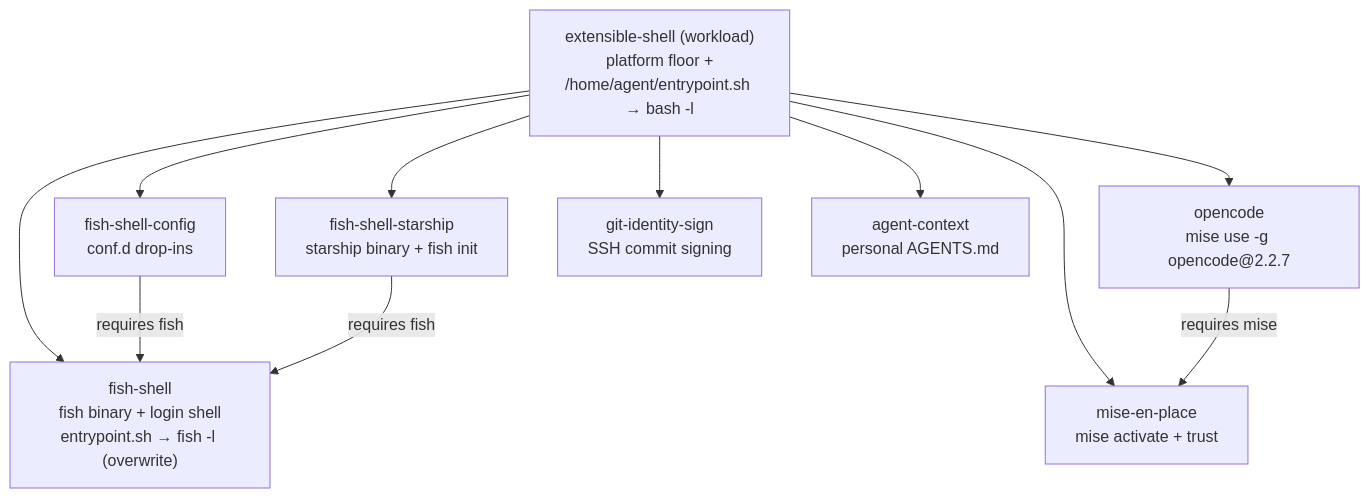
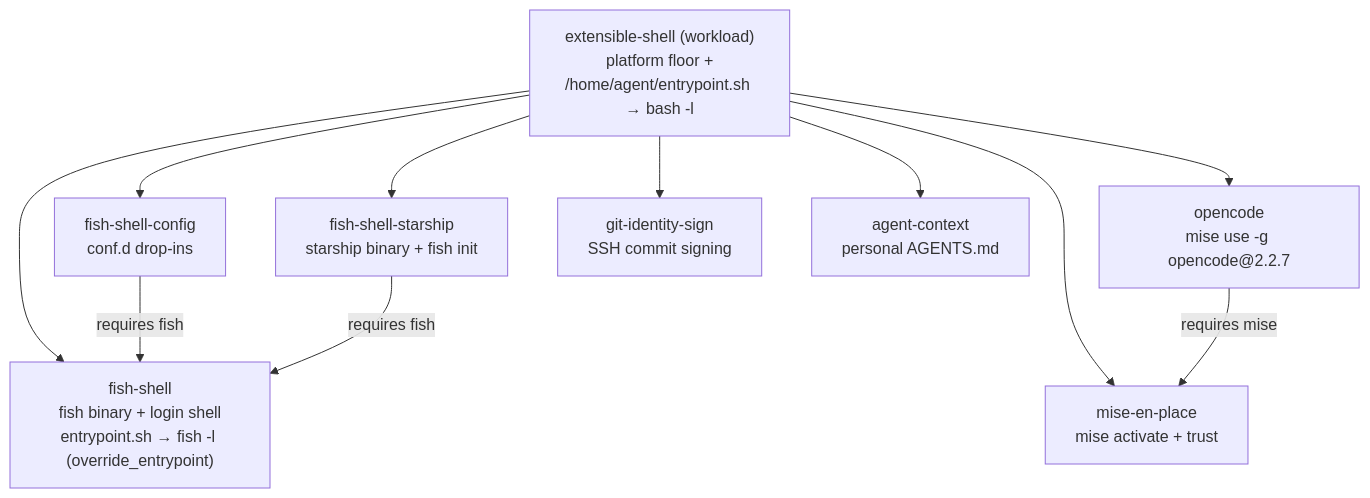
One commit to dirkgroot/docker-sbx-kits changed the diagram in .lode/kits/summary.md. Above: the diagram before and after it, drawn with Mermaid. The commit also changed other lines of this file and 8 other files, not shown here.

First line of the commit message:
Gate fish-shell's entrypoint override behind override_entrypoint

````diff
--- a/.lode/kits/summary.md
+++ b/.lode/kits/summary.md
@@ -21,14 +21,14 @@
 ```mermaid
 flowchart TD
     wl["extensible-shell (workload)<br/>platform floor +<br/>/home/agent/entrypoint.sh → bash -l"]
-    wl --> fs["fish-shell<br/>fish binary + login shell<br/>entrypoint.sh → fish -l (overwrite)"]
+    wl --> fs["fish-shell<br/>fish binary + login shell<br/>entrypoint.sh → fish -l (override_entrypoint)"]
     wl --> cfg["fish-shell-config<br/>conf.d drop-ins"]
     wl --> st["fish-shell-starship<br/>starship binary + fish init"]
     wl --> me["mise-en-place<br/>mise activate + trust"]
     wl --> oc["opencode<br/>mise use -g opencode@2.2.7"]
     wl --> gi["git-identity-sign<br/>SSH commit signing"]
     wl --> ac["agent-context<br/>personal AGENTS.md"]
     oc -->|requires mise| me
     cfg -->|requires fish| fs
     st -->|requires fish| fs
 ```
````
